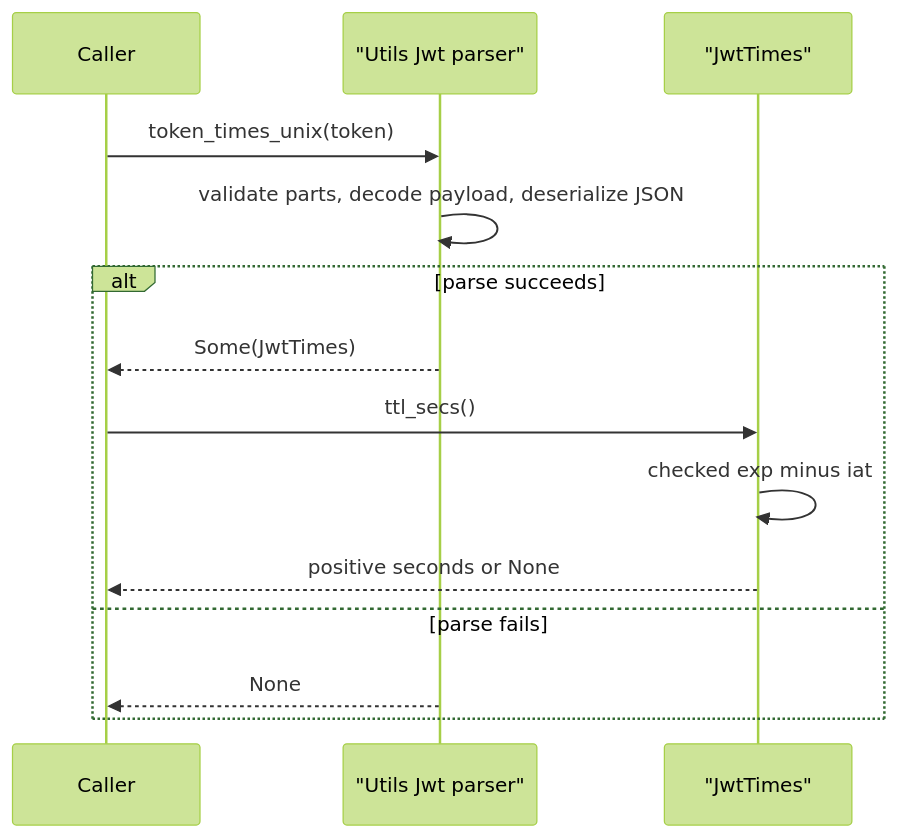
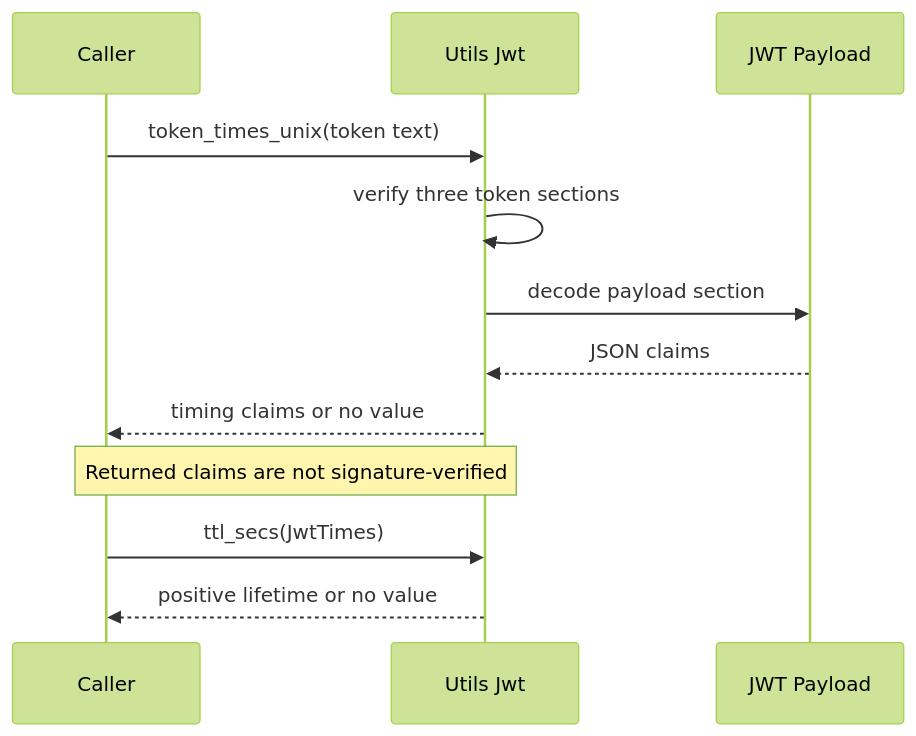
The fourth of 4 diagrams in docs/reference/architecture/openframe-client-core/utils-jwt/utils-jwt.md (flamingo-stack/openframe-oss-tenant), drawn with Mermaid (forest theme) before and after one commit. The commit also changed other lines of this file and 2377 other files, not shown here.

````diff
--- a/docs/reference/architecture/openframe-client-core/utils-jwt/utils-jwt.md
+++ b/docs/reference/architecture/openframe-client-core/utils-jwt/utils-jwt.md
@@ -101,16 +94,14 @@
 ```mermaid
 sequenceDiagram
-    participant Caller
-    participant Parser as "Utils Jwt parser"
-    participant Times as "JwtTimes"
-    Caller->>Parser: token_times_unix(token)
-    Parser->>Parser: validate parts, decode payload, deserialize JSON
-    alt parse succeeds
-        Parser-->>Caller: Some(JwtTimes)
-        Caller->>Times: ttl_secs()
-        Times->>Times: checked exp minus iat
-        Times-->>Caller: positive seconds or None
-    else parse fails
-        Parser-->>Caller: None
-    end
+    participant Caller as Caller
+    participant Parser as Utils Jwt
+    participant Token as JWT Payload
+    Caller->>Parser: token_times_unix(token text)
+    Parser->>Parser: verify three token sections
+    Parser->>Token: decode payload section
+    Token-->>Parser: JSON claims
+    Parser-->>Caller: timing claims or no value
+    Note over Caller,Parser: Returned claims are not signature-verified
+    Caller->>Parser: ttl_secs(JwtTimes)
+    Parser-->>Caller: positive lifetime or no value
 ```
````
